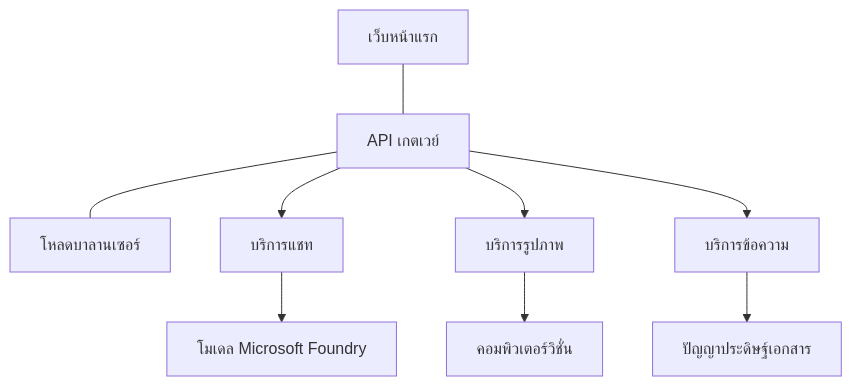
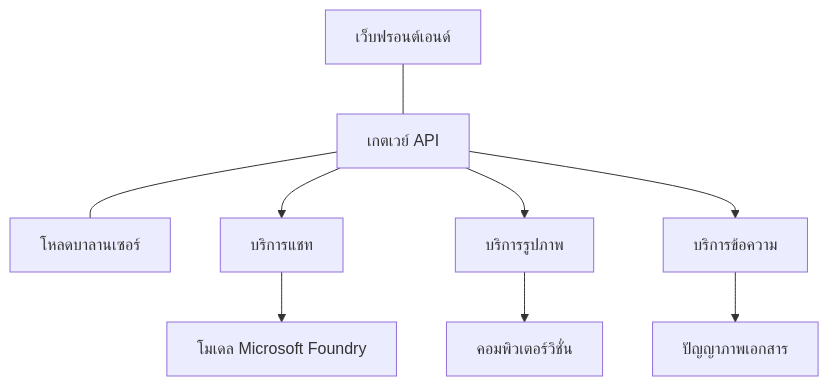
The diagram in translations/th/docs/chapter-08-production/production-ai-practices.md (microsoft/AZD-for-beginners), drawn with Mermaid before and after one commit. The commit also changed other lines of this file and 101 other files, not shown here.

````diff
--- a/translations/th/docs/chapter-08-production/production-ai-practices.md
+++ b/translations/th/docs/chapter-08-production/production-ai-practices.md
@@ -30,10 +30,10 @@
 ```mermaid
 graph TD
-    Frontend[เว็บหน้าแรก] --- Gateway[API เกตเวย์] --- LB[โหลดบาลานเซอร์]
+    Frontend[เว็บฟรอนต์เอนด์] --- Gateway[เกตเวย์ API] --- LB[โหลดบาลานเซอร์]
     Gateway --> Chat[บริการแชท]
     Gateway --> Image[บริการรูปภาพ]
     Gateway --> Text[บริการข้อความ]
     Chat --> OpenAI[โมเดล Microsoft Foundry]
     Image --> Vision[คอมพิวเตอร์วิชั่น]
-    Text --> DocIntel[ปัญญาประดิษฐ์เอกสาร]
+    Text --> DocIntel[ปัญญาภาพเอกสาร]
 ```
````
